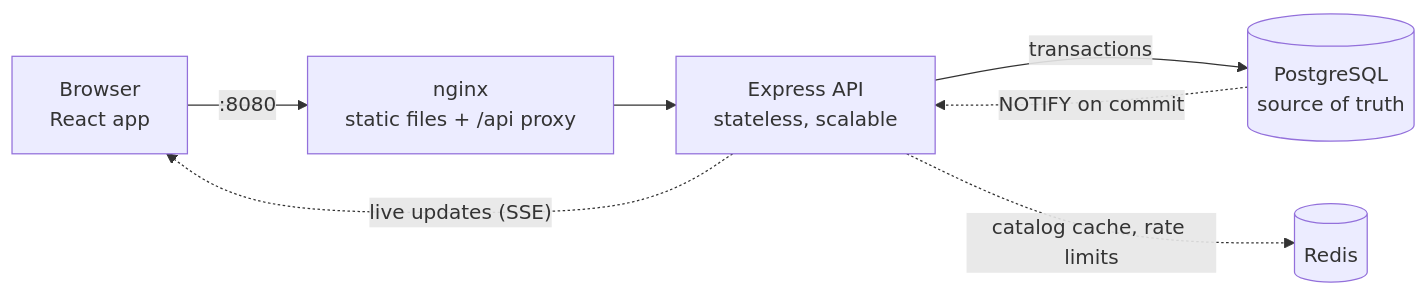
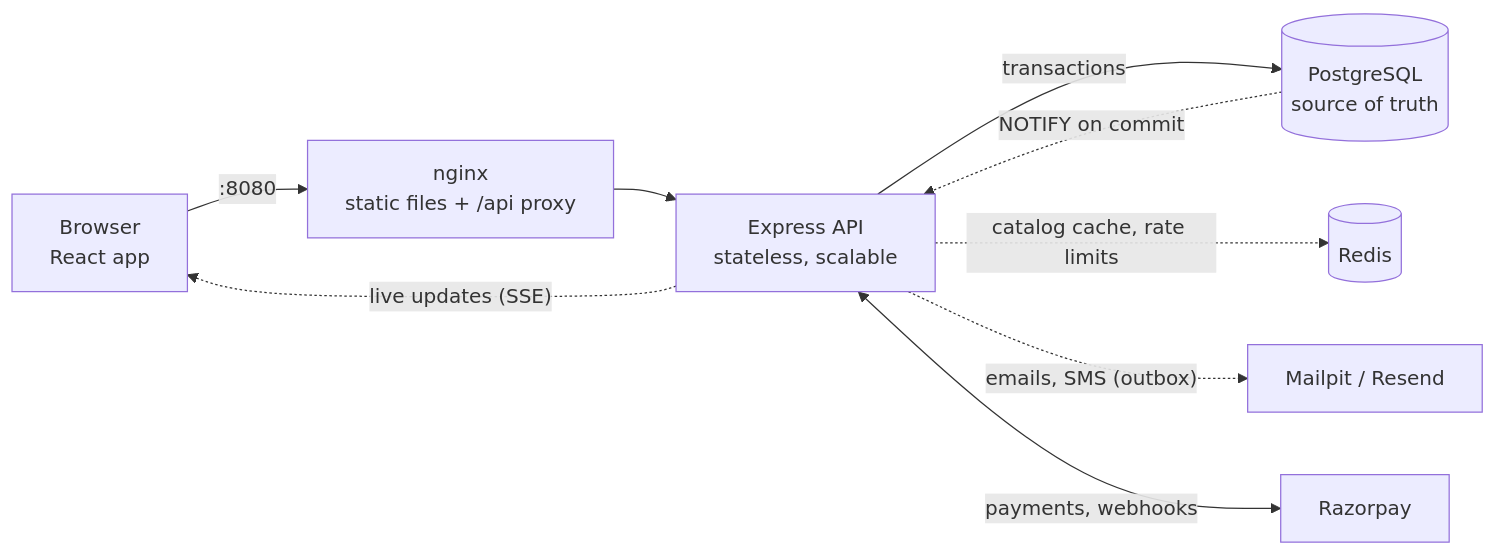
One commit to revant123/quickkart changed the diagram in README.md. Above: the diagram before and after it, drawn with Mermaid. The commit also changed other lines of this file and 34 other files, not shown here.

````diff
--- a/README.md
+++ b/README.md
@@ -87,9 +108,11 @@
 ```mermaid
 flowchart LR
   browser["Browser<br/>React app"] -->|":8080"| web["nginx<br/>static files + /api proxy"]
   web --> api["Express API<br/>stateless, scalable"]
   api -->|"transactions"| db[("PostgreSQL<br/>source of truth")]
   api -.->|"catalog cache, rate limits"| redis[("Redis")]
   db -.->|"NOTIFY on commit"| api
   api -.->|"live updates (SSE)"| browser
+  api -.->|"emails, SMS (outbox)"| mail["Mailpit / Resend"]
+  api <-->|"payments, webhooks"| rzp["Razorpay"]
 ```
````
